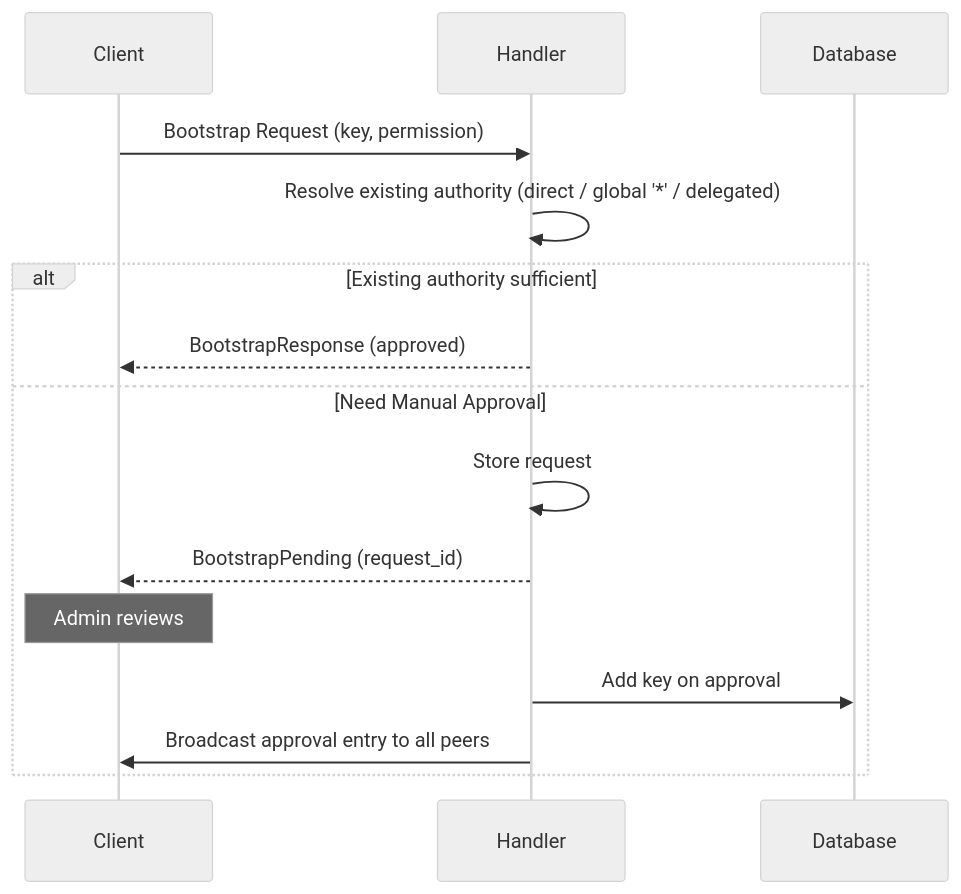
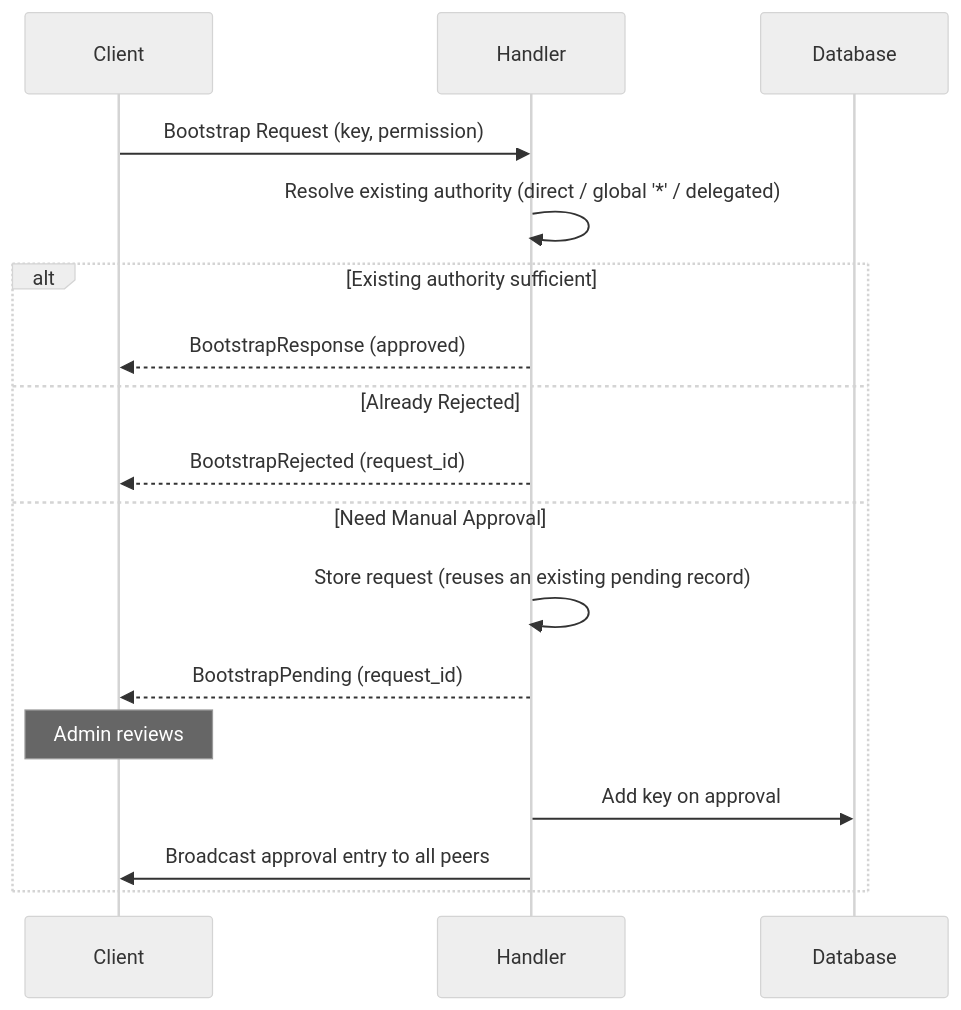
Before and after one commit to arcuru-bot/eidetica: the diagram in docs/src/internal/bootstrap.md, drawn with Mermaid (neutral theme). The commit also changed other lines of this file and 6 other files, not shown here.

````diff
--- a/docs/src/internal/bootstrap.md
+++ b/docs/src/internal/bootstrap.md
@@ -11,19 +11,21 @@
 ```mermaid
 sequenceDiagram
     participant Client
     participant Handler
     participant Database
 
     Client->>Handler: Bootstrap Request (key, permission)
     Handler->>Handler: Resolve existing authority (direct / global '*' / delegated)
 
     alt Existing authority sufficient
         Handler-->>Client: BootstrapResponse (approved)
+    else Already Rejected
+        Handler-->>Client: BootstrapRejected (request_id)
     else Need Manual Approval
-        Handler->>Handler: Store request
+        Handler->>Handler: Store request (reuses an existing pending record)
         Handler-->>Client: BootstrapPending (request_id)
         Note over Client: Admin reviews
         Handler->>Database: Add key on approval
         Handler->>Client: Broadcast approval entry to all peers
     end
 ```
````
